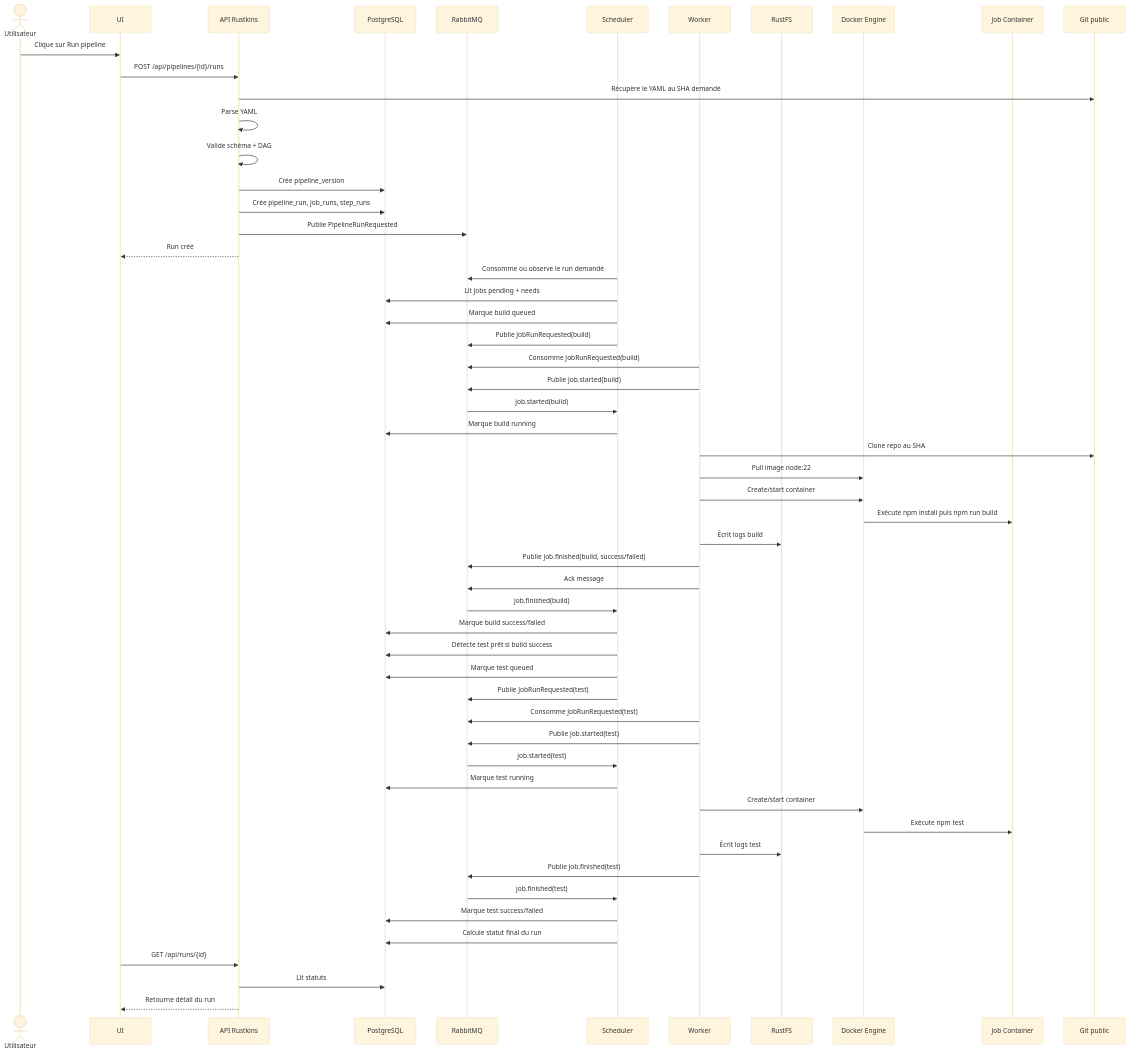
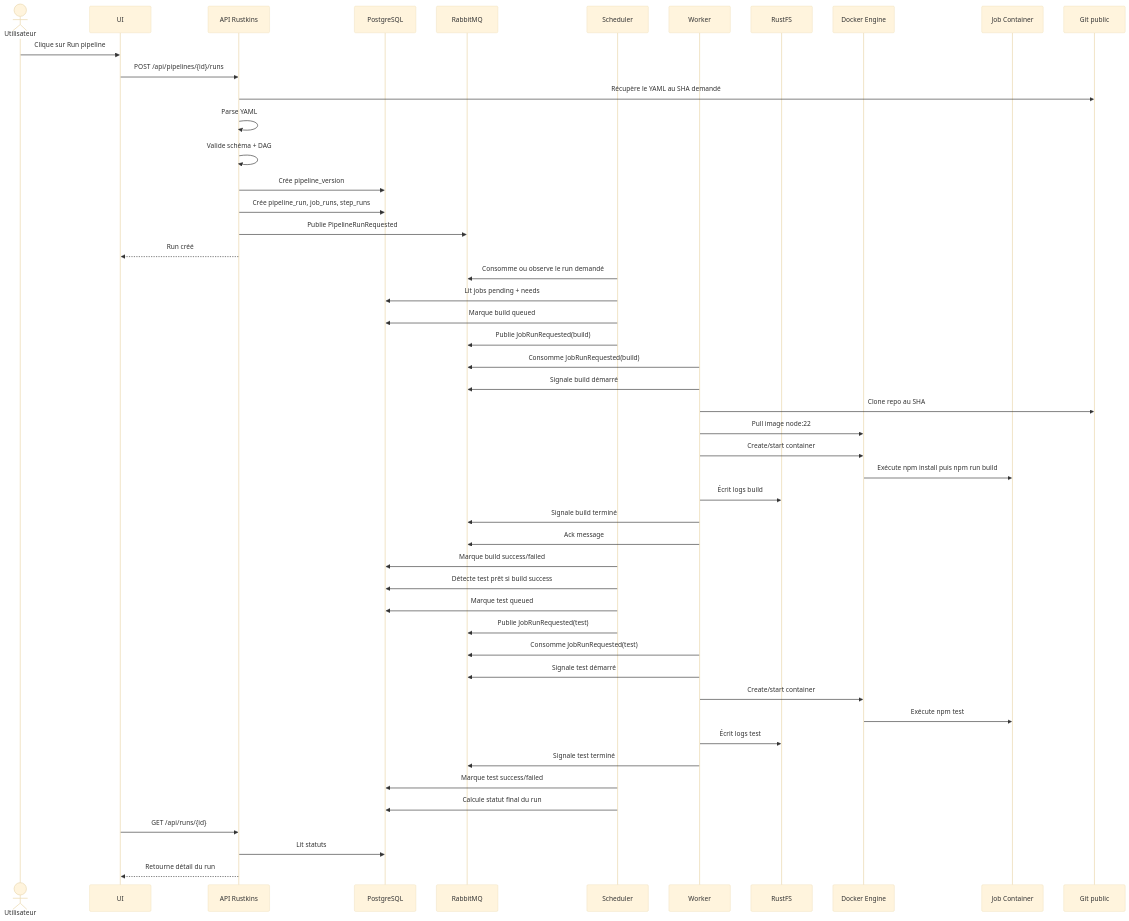
Before and after one commit to Rustkins-Project/RustkinsDocs: the fourth of 5 diagrams in docs/versions/v0/overview.md, drawn with Mermaid (base theme). The commit also changed other lines of this file and 2 other files, not shown here.

````diff
--- a/docs/versions/v0/overview.md
+++ b/docs/versions/v0/overview.md
@@ -800,64 +765,58 @@
 ```mermaid
 sequenceDiagram
   actor User as Utilisateur
   participant UI as UI
   participant API as API Rustkins
   participant PG as PostgreSQL
   participant MQ as RabbitMQ
   participant Scheduler as Scheduler
   participant Worker as Worker
   participant FS as RustFS
   participant Docker as Docker Engine
   participant Job as Job Container
   participant Git as Git public
 
   User->>UI: Clique sur Run pipeline
   UI->>API: POST /api/pipelines/{id}/runs
 
   API->>Git: Récupère le YAML au SHA demandé
   API->>API: Parse YAML
   API->>API: Valide schéma + DAG
   API->>PG: Crée pipeline_version
   API->>PG: Crée pipeline_run, job_runs, step_runs
   API->>MQ: Publie PipelineRunRequested
   API-->>UI: Run créé
 
   Scheduler->>MQ: Consomme ou observe le run demandé
   Scheduler->>PG: Lit jobs pending + needs
   Scheduler->>PG: Marque build queued
   Scheduler->>MQ: Publie JobRunRequested(build)
 
   Worker->>MQ: Consomme JobRunRequested(build)
-  Worker->>MQ: Publie job.started(build)
-  MQ->>Scheduler: job.started(build)
-  Scheduler->>PG: Marque build running
+  Worker->>MQ: Signale build démarré
   Worker->>Git: Clone repo au SHA
   Worker->>Docker: Pull image node:22
   Worker->>Docker: Create/start container
   Docker->>Job: Exécute npm install puis npm run build
   Worker->>FS: Écrit logs build
-  Worker->>MQ: Publie job.finished(build, success/failed)
+  Worker->>MQ: Signale build terminé
   Worker->>MQ: Ack message
 
-  MQ->>Scheduler: job.finished(build)
   Scheduler->>PG: Marque build success/failed
   Scheduler->>PG: Détecte test prêt si build success
   Scheduler->>PG: Marque test queued
   Scheduler->>MQ: Publie JobRunRequested(test)
 
   Worker->>MQ: Consomme JobRunRequested(test)
-  Worker->>MQ: Publie job.started(test)
-  MQ->>Scheduler: job.started(test)
-  Scheduler->>PG: Marque test running
+  Worker->>MQ: Signale test démarré
   Worker->>Docker: Create/start container
   Docker->>Job: Exécute npm test
   Worker->>FS: Écrit logs test
-  Worker->>MQ: Publie job.finished(test)
-  MQ->>Scheduler: job.finished(test)
+  Worker->>MQ: Signale test terminé
   Scheduler->>PG: Marque test success/failed
 
   Scheduler->>PG: Calcule statut final du run
   UI->>API: GET /api/runs/{id}
   API->>PG: Lit statuts
   API-->>UI: Retourne détail du run
 ```
````
